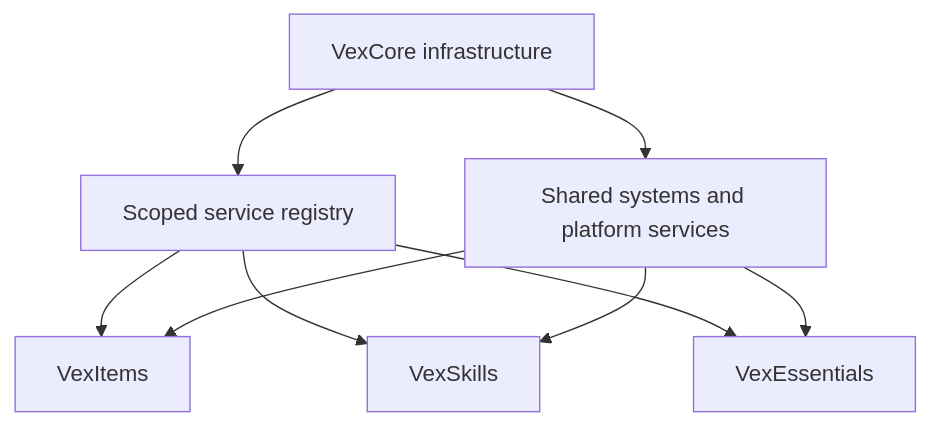
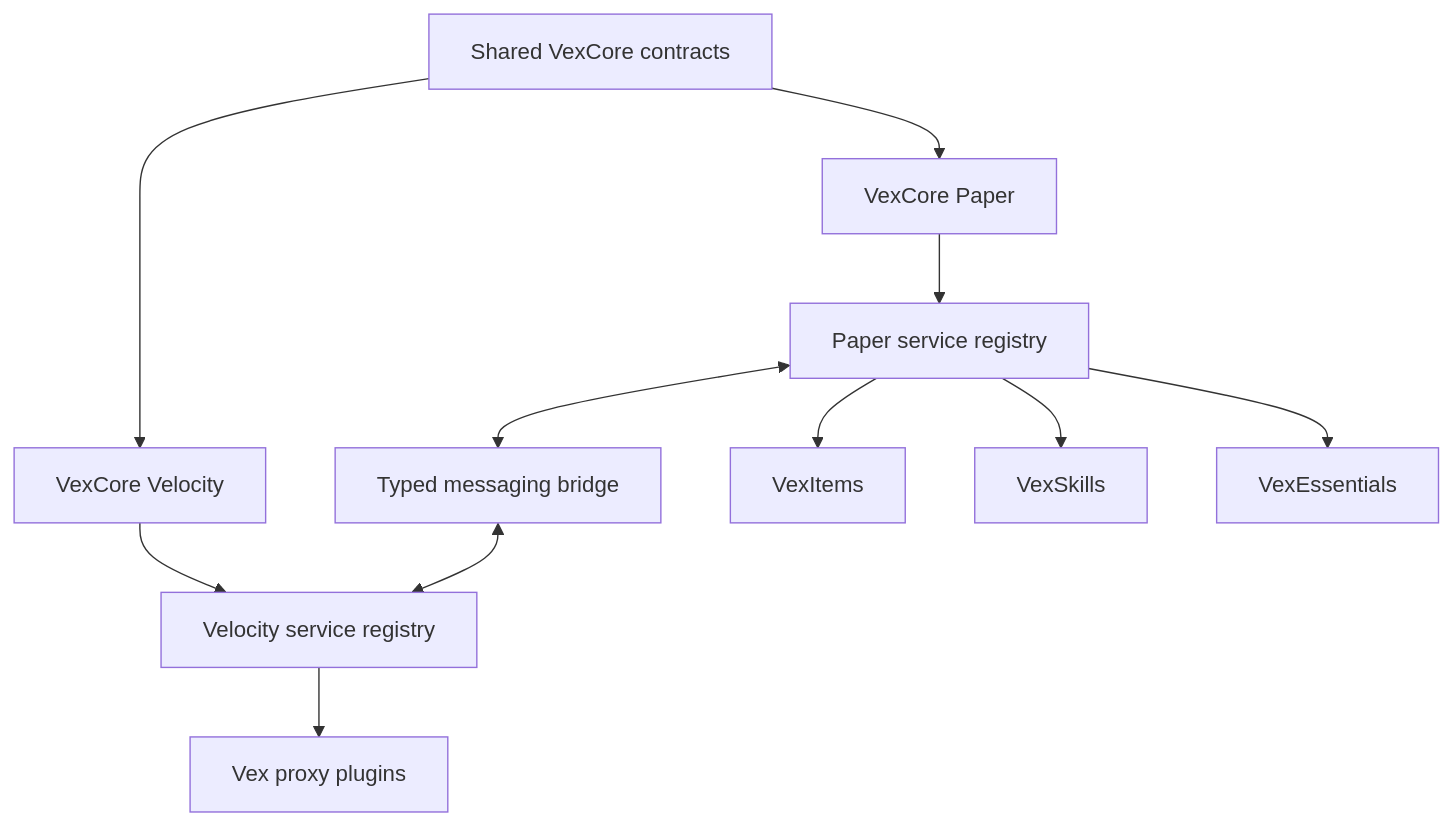
The diagram in README.md (lightPlugins/VexCore), drawn with Mermaid before and after one commit. The commit also changed other lines of this file, not shown here.

Commit message:
add Velocity and messaging to README

````diff
--- a/README.md
+++ b/README.md
@@ -35,18 +36,24 @@
 ```mermaid
 flowchart TD
-    Core["VexCore infrastructure"]
-    Registry["Scoped service registry"]
-    Systems["Shared systems and platform services"]
+    Core["Shared VexCore contracts"]
+    Paper["VexCore Paper"]
+    Velocity["VexCore Velocity"]
+    PaperRegistry["Paper service registry"]
+    ProxyRegistry["Velocity service registry"]
+    Messaging["Typed messaging bridge"]
     Items["VexItems"]
     Skills["VexSkills"]
     Essentials["VexEssentials"]
+    ProxyPlugin["Vex proxy plugins"]
 
-    Core --> Registry
-    Core --> Systems
-    Registry --> Items
-    Registry --> Skills
-    Registry --> Essentials
-    Systems --> Items
-    Systems --> Skills
-    Systems --> Essentials
+    Core --> Paper
+    Core --> Velocity
+    Paper --> PaperRegistry
+    Velocity --> ProxyRegistry
+    PaperRegistry --> Items
+    PaperRegistry --> Skills
+    PaperRegistry --> Essentials
+    ProxyRegistry --> ProxyPlugin
+    PaperRegistry <--> Messaging
+    Messaging <--> ProxyRegistry
 ```
````
